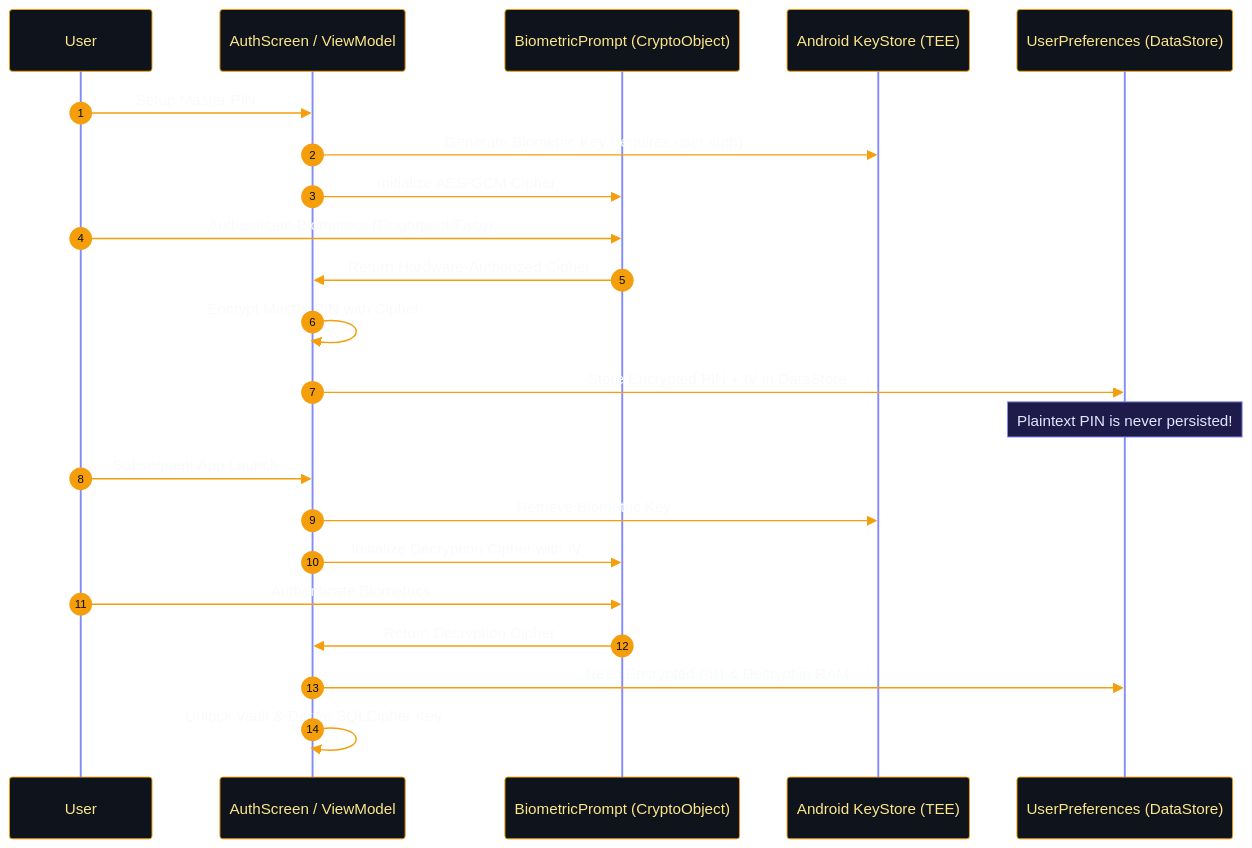
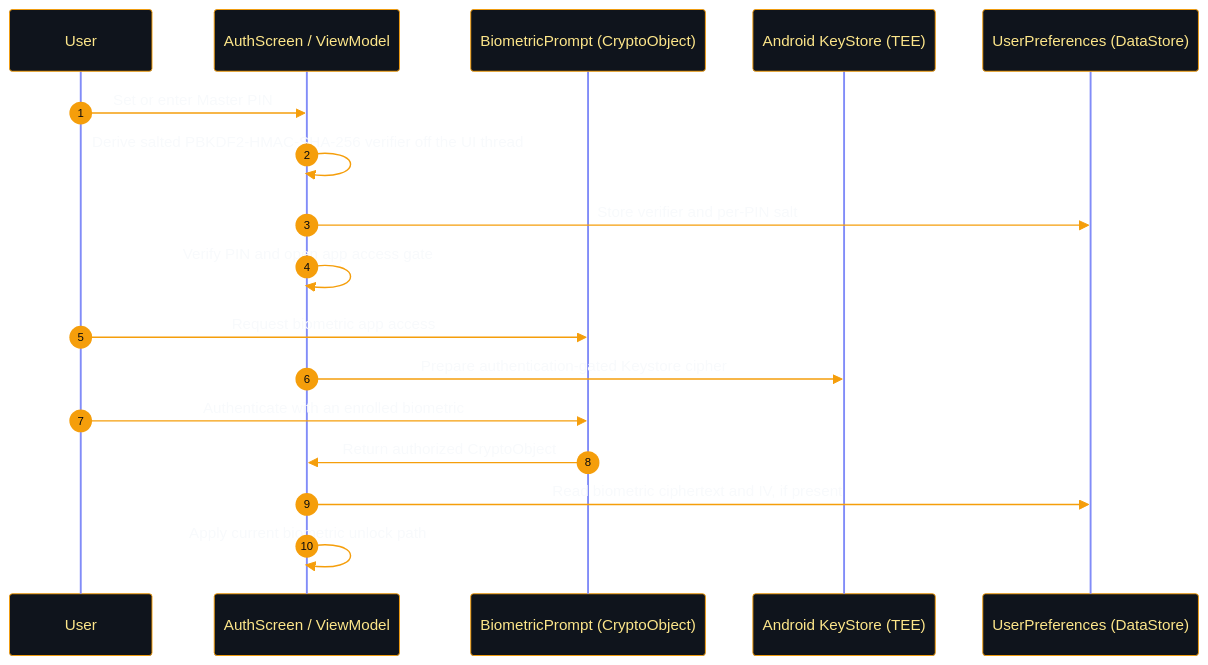
The second of 2 diagrams in docs/architecture.md (dwinsi/kunjika), drawn with Mermaid before and after one commit. The commit also changed other lines of this file and 14 other files, not shown here.

````diff
--- a/docs/architecture.md
+++ b/docs/architecture.md
@@ -122,50 +122,45 @@
 ```mermaid
 %%{init: {
   'theme': 'base',
   'themeVariables': {
     'darkMode': true,
     'background': '#07090E',
     'actorBkg': '#0F141C',
     'actorBorder': '#F59E0B',
     'actorTextColor': '#FDE68A',
     'actorLineColor': '#818CF8',
     'signalColor': '#F59E0B',
     'signalTextColor': '#F8FAFC',
     'labelBoxBkgColor': '#0F141C',
     'labelBoxBorderColor': '#818CF8',
     'labelTextColor': '#F8FAFC',
     'loopTextColor': '#FDE68A',
     'noteBkgColor': '#1E1B4B',
     'noteBorderColor': '#818CF8',
     'noteTextColor': '#E0E7FF',
     'activationBorderColor': '#F59E0B',
     'activationBkgColor': '#131A26',
     'sequenceNumberColor': '#07090E'
   }
 }}%%
 sequenceDiagram
     autonumber
     participant User as  User
     participant Auth as  AuthScreen / ViewModel
     participant Bio as  BiometricPrompt (CryptoObject)
     participant KS as  Android KeyStore (TEE)
     participant Prefs as  UserPreferences (DataStore)
 
-    User->>Auth: Setup Master PIN
-    Auth->>KS: Generate Biometric Key (requires user auth)
-    Auth->>Bio: Initialize AES-GCM Cipher
-    User->>Bio: Authenticate Biometrics (Fingerprint/Face)
-    Bio->>Auth: Return Hardware-Authorized Cipher
-    Auth->>Auth: Encrypt Master PIN with Cipher
-    Auth->>Prefs: Store Encrypted PIN + IV in DataStore
-    Note over Prefs: Plaintext PIN is never persisted!
+    User->>Auth: Set or enter Master PIN
+    Auth->>Auth: Derive salted PBKDF2-HMAC-SHA-256 verifier off the UI thread
+    Auth->>Prefs: Store verifier and per-PIN salt
+    Auth->>Auth: Verify PIN and open app access gate
 
-    %% Unlock Flow
-    User->>Auth: Subsequent App Launch
-    Auth->>KS: Retrieve Biometric Key
-    Auth->>Bio: Initialize Decryption Cipher with IV
-    User->>Bio: Authenticate Biometrics
-    Bio->>Auth: Return Decryption Cipher
-    Auth->>Prefs: Read Encrypted PIN & Decrypt in RAM
-    Auth->>Auth: Unlock Vault & Derive SQLCipher Key
+    %% Optional Biometric Flow
+    User->>Bio: Request biometric app access
+    Auth->>KS: Prepare authentication-gated Keystore cipher
+    User->>Bio: Authenticate with an enrolled biometric
+    Bio->>Auth: Return authorized CryptoObject
+    Auth->>Prefs: Read biometric ciphertext and IV, if present
+    Auth->>Auth: Apply current biometric unlock path
 ```
````
